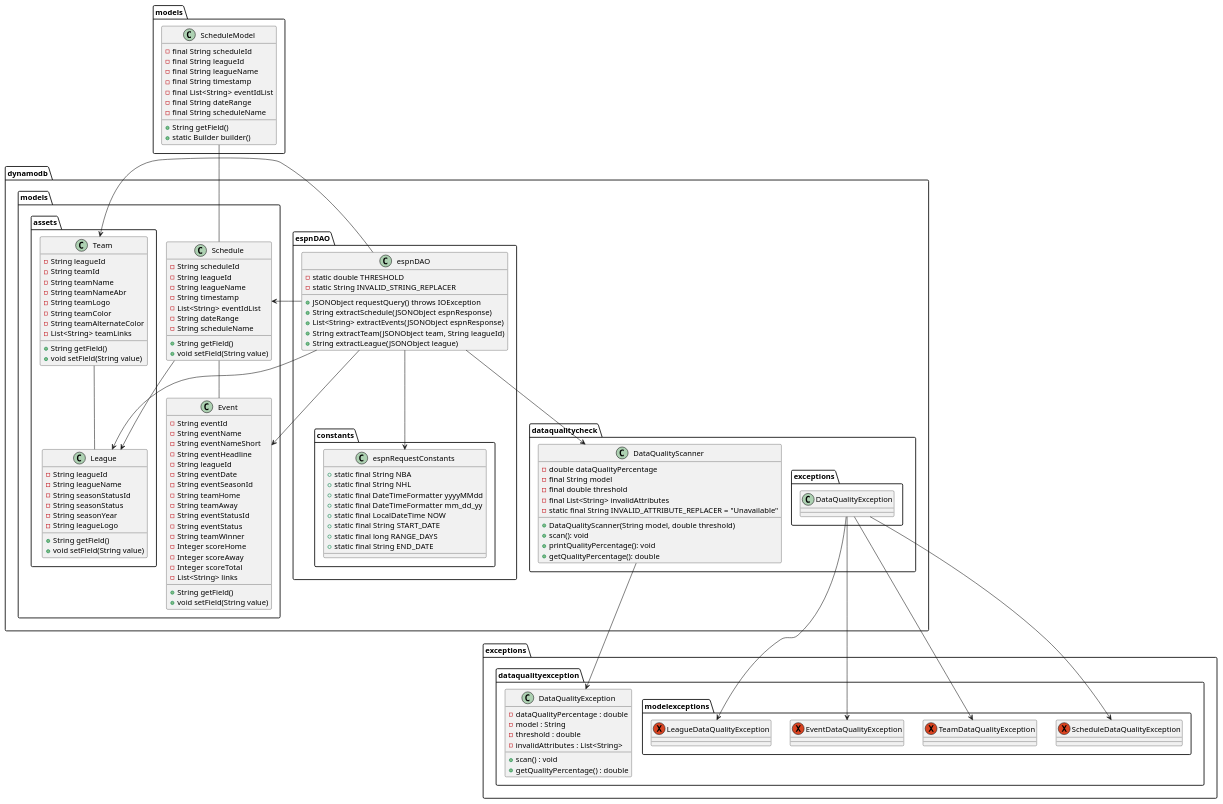
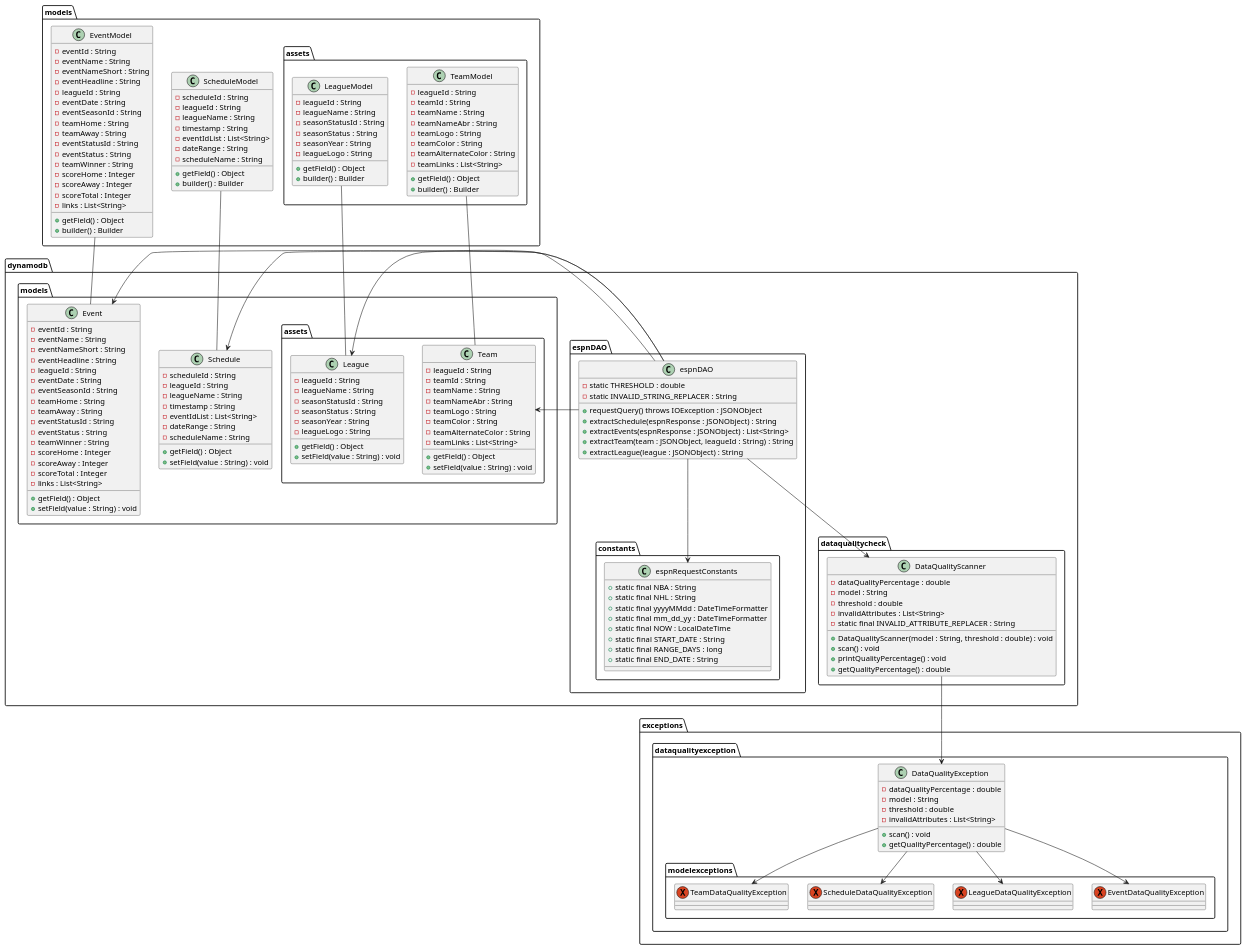
The diagram in app/src/main/resources/BookiepediaClassDiagram.puml (acgerhold/bookiepedia), drawn with PlantUML before and after one commit. The commit also changed 2 other files, not shown here.

Commit message:
more adjusting packages, fixed class diagram to reflect changes

```diff
--- a/app/src/main/resources/BookiepediaClassDiagram.puml
+++ b/app/src/main/resources/BookiepediaClassDiagram.puml
@@ -5,104 +5,104 @@
 
     package dataqualitycheck {
         class DataQualityScanner {
-            - double dataQualityPercentage
-            - final String model
-            - final double threshold
-            - final List<String> invalidAttributes
-            - static final String INVALID_ATTRIBUTE_REPLACER = "Unavailable"
+            - dataQualityPercentage : double
+            - model : String
+            - threshold : double
+            - invalidAttributes : List<String>
+            - static final INVALID_ATTRIBUTE_REPLACER : String
 
-            + DataQualityScanner(String model, double threshold)
-            + scan(): void
-            + printQualityPercentage(): void
-            + getQualityPercentage(): double
+            + DataQualityScanner(model : String, threshold : double) : void
+            + scan() : void
+            + printQualityPercentage() : void
+            + getQualityPercentage() : double
         }
     }
 
     package espnDAO {
         class espnDAO {
-            - static double THRESHOLD
-            - static String INVALID_STRING_REPLACER
+            - static THRESHOLD : double
+            - static INVALID_STRING_REPLACER : String
 
-            + JSONObject requestQuery() throws IOException
-            + String extractSchedule(JSONObject espnResponse)
-            + List<String> extractEvents(JSONObject espnResponse)
-            + String extractTeam(JSONObject team, String leagueId)
-            + String extractLeague(JSONObject league)
+            + requestQuery() throws IOException : JSONObject
+            + extractSchedule(espnResponse : JSONObject) : String
+            + extractEvents(espnResponse : JSONObject) : List<String>
+            + extractTeam(team : JSONObject, leagueId : String) : String
+            + extractLeague(league : JSONObject) : String
         }
 
         package constants {
             class espnRequestConstants {
-                + static final String NBA
-                + static final String NHL
-                + static final DateTimeFormatter yyyyMMdd
-                + static final DateTimeFormatter mm_dd_yy
-                + static final LocalDateTime NOW
-                + static final String START_DATE
-                + static final long RANGE_DAYS
-                + static final String END_DATE
+                + static final NBA : String
+                + static final NHL : String
+                + static final yyyyMMdd : DateTimeFormatter
+                + static final mm_dd_yy : DateTimeFormatter
+                + static final NOW : LocalDateTime
+                + static final START_DATE : String
+                + static final RANGE_DAYS : long
+                + static final END_DATE : String
             }
         }
     }
 
     package models {
         class Event {
-            - String eventId
-            - String eventName
-            - String eventNameShort
-            - String eventHeadline
-            - String leagueId
-            - String eventDate
-            - String eventSeasonId
-            - String teamHome
-            - String teamAway
-            - String eventStatusId
-            - String eventStatus
-            - String teamWinner
-            - Integer scoreHome
-            - Integer scoreAway
-            - Integer scoreTotal
-            - List<String> links
+            - eventId : String
+            - eventName : String
+            - eventNameShort : String
+            - eventHeadline : String
+            - leagueId : String
+            - eventDate : String
+            - eventSeasonId : String
+            - teamHome : String
+            - teamAway : String
+            - eventStatusId : String
+            - eventStatus : String
+            - teamWinner : String
+            - scoreHome : Integer
+            - scoreAway : Integer
+            - scoreTotal : Integer
+            - links : List<String>
 
-            + String getField()
-            + void setField(String value)
+            + getField() : Object
+            + setField(value : String) : void
         }
         class Schedule {
-            - String scheduleId
-            - String leagueId
-            - String leagueName
-            - String timestamp
-            - List<String> eventIdList
-            - String dateRange
-            - String scheduleName
+            - scheduleId : String
+            - leagueId : String
+            - leagueName : String
+            - timestamp : String
+            - eventIdList : List<String>
+            - dateRange : String
+            - scheduleName : String
 
-            + String getField()
-            + void setField(String value)
+            + getField() : Object
+            + setField(value : String) : void
         }
 
         package assets {
             class League {
-                - String leagueId
-                - String leagueName
-                - String seasonStatusId
-                - String seasonStatus
-                - String seasonYear
-                - String leagueLogo
+                - leagueId : String
+                - leagueName : String
+                - seasonStatusId : String
+                - seasonStatus : String
+                - seasonYear : String
+                - leagueLogo : String
 
-                + String getField()
-                + void setField(String value)
+                + getField() : Object
+                + setField(value : String) : void
             }
             class Team {
-                - String leagueId
-                - String teamId
-                - String teamName
-                - String teamNameAbr
-                - String teamLogo
-                - String teamColor
-                - String teamAlternateColor
-                - List<String> teamLinks
+                - leagueId : String
+                - teamId : String
+                - teamName : String
+                - teamNameAbr : String
+                - teamLogo : String
+                - teamColor : String
+                - teamAlternateColor : String
+                - teamLinks : List<String>
 
-                + String getField()
-                + void setField(String value)
+                + getField() : Object
+                + setField(value : String) : void
             }
         }
     }
@@ -136,16 +136,67 @@
 package models {
 
     class ScheduleModel {
-        - final String scheduleId
-        - final String leagueId
-        - final String leagueName
-        - final String timestamp
-        - final List<String> eventIdList
-        - final String dateRange
-        - final String scheduleName
+        - scheduleId : String
+        - leagueId : String
+        - leagueName : String
+        - timestamp : String
+        - eventIdList : List<String>
+        - dateRange : String
+        - scheduleName : String
 
-        + String getField()
-        + static Builder builder()
+        + getField() : Object
+        + builder() : Builder
+    }
+
+    class EventModel {
+        - eventId : String
+        - eventName : String
+        - eventNameShort : String
+        - eventHeadline : String
+        - leagueId : String
+        - eventDate : String
+        - eventSeasonId : String
+        - teamHome : String
+        - teamAway : String
+        - eventStatusId : String
+        - eventStatus : String
+        - teamWinner : String
+        - scoreHome : Integer
+        - scoreAway : Integer
+        - scoreTotal : Integer
+        - links : List<String>
+
+        + getField() : Object
+        + builder() : Builder
+    }
+
+    package assets {
+
+        class LeagueModel {
+            - leagueId : String
+            - leagueName : String
+            - seasonStatusId : String
+            - seasonStatus : String
+            - seasonYear : String
+            - leagueLogo : String
+
+            + getField() : Object
+            + builder() : Builder
+        }
+
+        class TeamModel {
+            - leagueId : String
+            - teamId : String
+            - teamName : String
+            - teamNameAbr : String
+            - teamLogo : String
+            - teamColor : String
+            - teamAlternateColor : String
+            - teamLinks : List<String>
+
+            + getField() : Object
+            + builder() : Builder
+        }
     }
 }
 
@@ -156,18 +207,19 @@
 dynamodb.espnDAO.espnDAO -> dynamodb.models.assets.Team
 dynamodb.espnDAO.espnDAO -> dynamodb.models.assets.League
 
-dynamodb.models.Schedule -- dynamodb.models.Event
-dynamodb.models.Schedule --> dynamodb.models.assets.League
-dynamodb.models.assets.Team -- dynamodb.models.assets.League
+
 
 dynamodb.espnDAO.espnDAO --> dynamodb.dataqualitycheck.DataQualityScanner
 
 dynamodb.dataqualitycheck.DataQualityScanner --> exceptions.dataqualityexception.DataQualityException
-dynamodb.dataqualitycheck.exceptions.DataQualityException --> exceptions.dataqualityexception.modelexceptions.ScheduleDataQualityException
-dynamodb.dataqualitycheck.exceptions.DataQualityException --> exceptions.dataqualityexception.modelexceptions.EventDataQualityException
-dynamodb.dataqualitycheck.exceptions.DataQualityException --> exceptions.dataqualityexception.modelexceptions.LeagueDataQualityException
-dynamodb.dataqualitycheck.exceptions.DataQualityException --> exceptions.dataqualityexception.modelexceptions.TeamDataQualityException
+exceptions.dataqualityexception.DataQualityException --> exceptions.dataqualityexception.modelexceptions.ScheduleDataQualityException
+exceptions.dataqualityexception.DataQualityException --> exceptions.dataqualityexception.modelexceptions.EventDataQualityException
+exceptions.dataqualityexception.DataQualityException --> exceptions.dataqualityexception.modelexceptions.LeagueDataQualityException
+exceptions.dataqualityexception.DataQualityException --> exceptions.dataqualityexception.modelexceptions.TeamDataQualityException
 
 models.ScheduleModel -- dynamodb.models.Schedule
+models.EventModel -- dynamodb.models.Event
+models.assets.LeagueModel -- dynamodb.models.assets.League
+models.assets.TeamModel -- dynamodb.models.assets.Team
 
 @enduml
```
